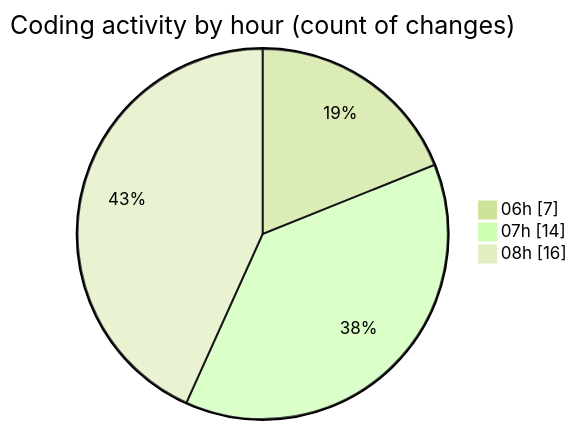
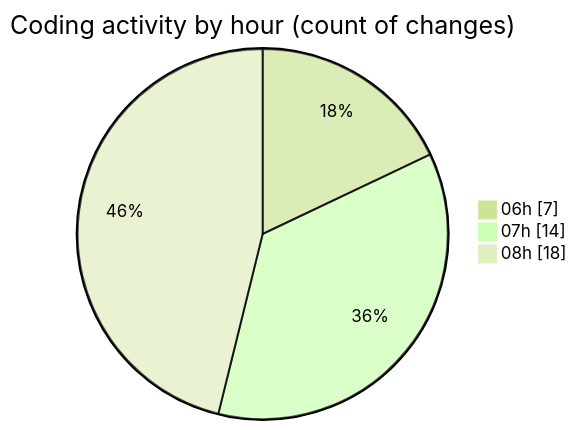
The second of 2 diagrams in 2025-04-18/zeytoon/README.md (vahidmafi/code-tracking), drawn with Mermaid (forest theme) before and after one commit. The commit also changed other lines of this file and 1 other file, not shown here.

````diff
--- a/2025-04-18/zeytoon/README.md
+++ b/2025-04-18/zeytoon/README.md
@@ -36,7 +36,7 @@
 ```mermaid
 pie showData
 title Coding activity by hour (count of changes)
 "06h" : 7
 "07h" : 14
-"08h" : 16
+"08h" : 18
 ```
````
